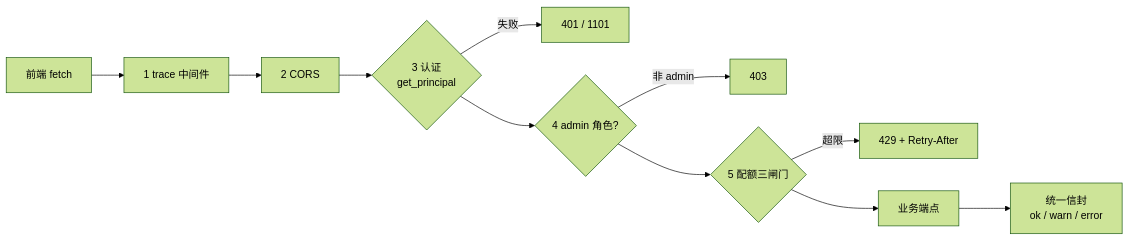
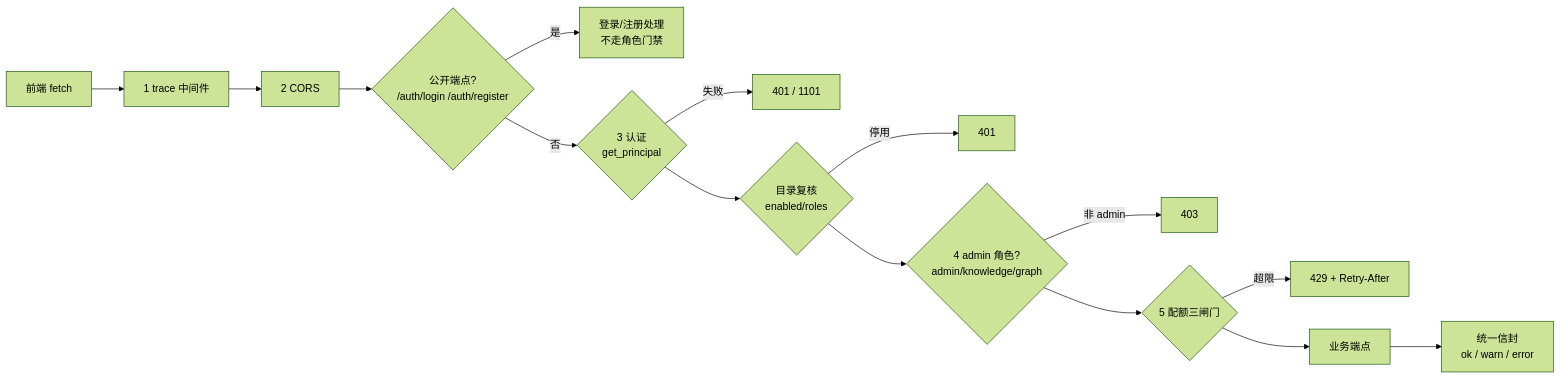
One commit to lzptouch/Kquery changed the first of 4 diagrams in doc/analysis/链路分析.md. Above: the diagram before and after it, drawn with Mermaid (forest theme). The commit also changed other lines of this file and 418 other files, not shown here.

````diff
--- a/doc/analysis/链路分析.md
+++ b/doc/analysis/链路分析.md
@@ -56,13 +58,17 @@
 ```mermaid
 flowchart LR
     C[前端 fetch] --> M1[1 trace 中间件]
     M1 --> M2[2 CORS]
-    M2 --> M3{3 认证<br/>get_principal}
+    M2 --> Pub{公开端点?<br/>/auth/login /auth/register}
+    Pub -->|是| Direct[登录/注册处理<br/>不走角色门禁]
+    Pub -->|否| M3{3 认证<br/>get_principal}
     M3 -->|失败| E1[401 / 1101]
-    M3 --> M4{4 admin 角色?}
+    M3 --> Sync{目录复核<br/>enabled/roles}
+    Sync -->|停用| E1B[401]
+    Sync --> M4{4 admin 角色?<br/>admin/knowledge/graph}
     M4 -->|非 admin| E2[403]
     M4 --> M5{5 配额三闸门}
     M5 -->|超限| E3[429 + Retry-After]
     M5 --> R[业务端点]
     R --> ENV[统一信封<br/>ok / warn / error]
 ```
````
